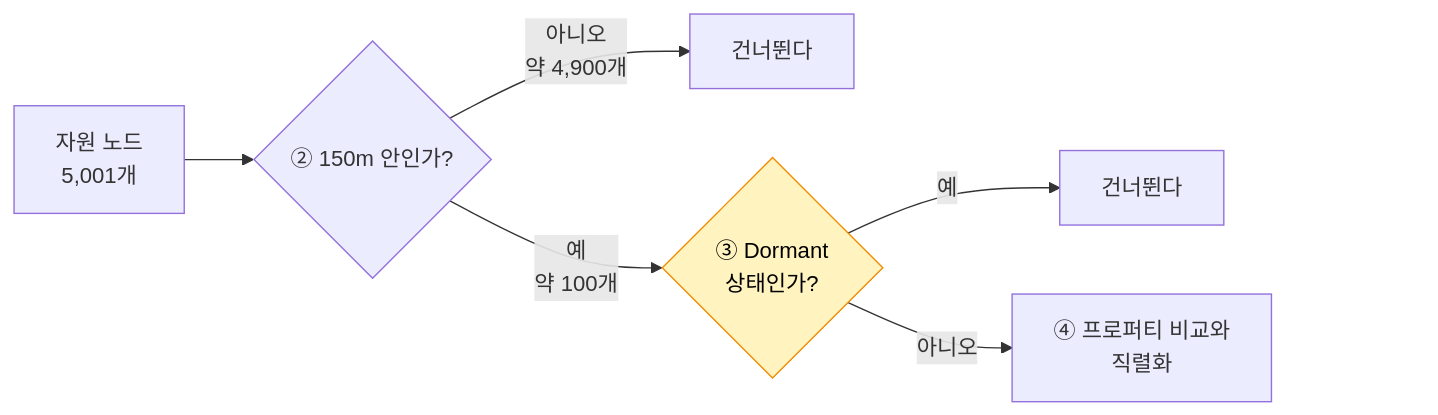
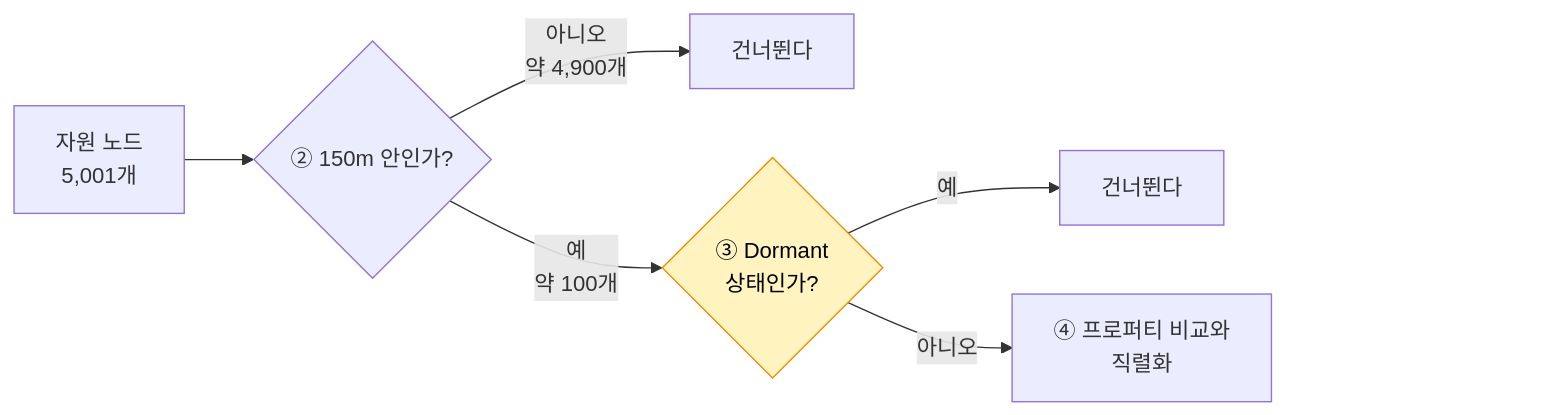
The second of 3 diagrams in Posts/03-dormancy/README.md (hon454/ue-dedicated-server-optimization-lab), drawn with Mermaid before and after one commit. The commit also changed 5 other files, not shown here.

First line of the commit message:
docs(posts): pad the flows with transparent text so GitHub keeps the last node clear

````diff
--- a/Posts/03-dormancy/README.md
+++ b/Posts/03-dormancy/README.md
@@ -54,13 +54,13 @@
 ```mermaid
 flowchart LR
     A["자원 노드<br/>5,001개"] --> B{"② 150m 안인가?"}
     B -- "아니오<br/>약 4,900개" --> X["건너뛴다"]
     B -- "예<br/>약 100개" --> C{"③ Dormant<br/>상태인가?"}
     C -- "예" --> Y["건너뛴다"]
     C -- "아니오" --> D["④ 프로퍼티 비교와<br/>직렬화"]
-    D ~~~ Pad["　　　　　　"]
+    D ~~~ Pad["여백여백여백"]
     classDef cut fill:#fff3bf,stroke:#f08c00,color:#000
     class C cut
-    classDef pad fill:none,stroke:none
+    classDef pad fill:none,stroke:none,color:transparent
     class Pad pad
 ```
````
